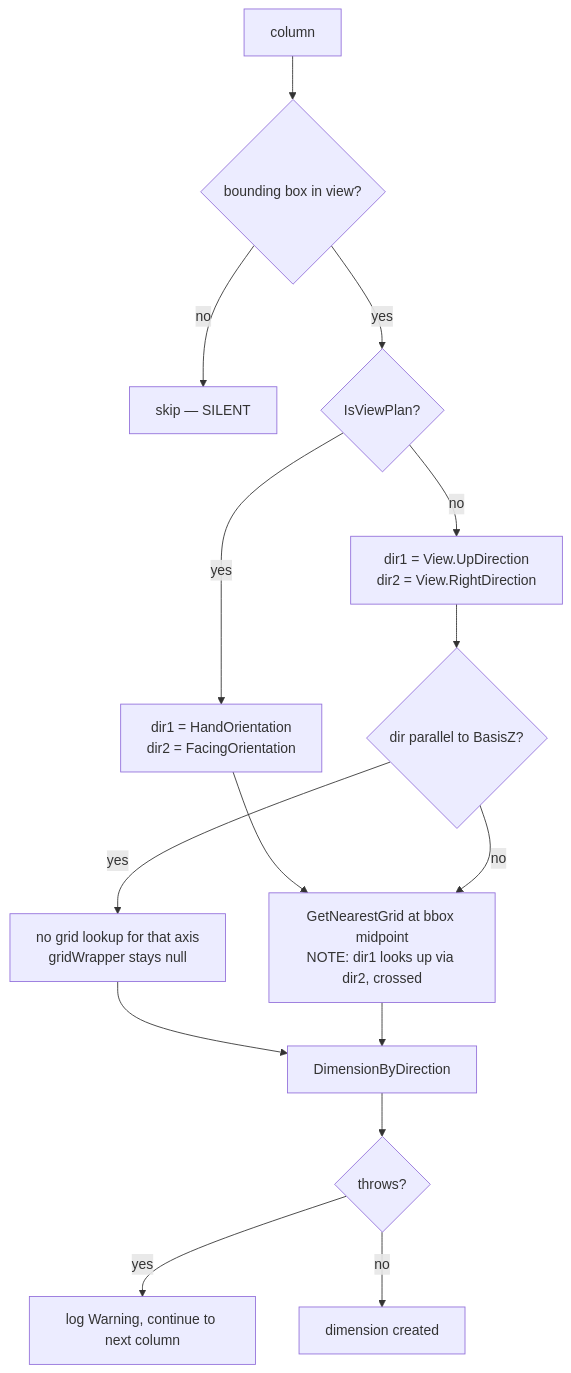
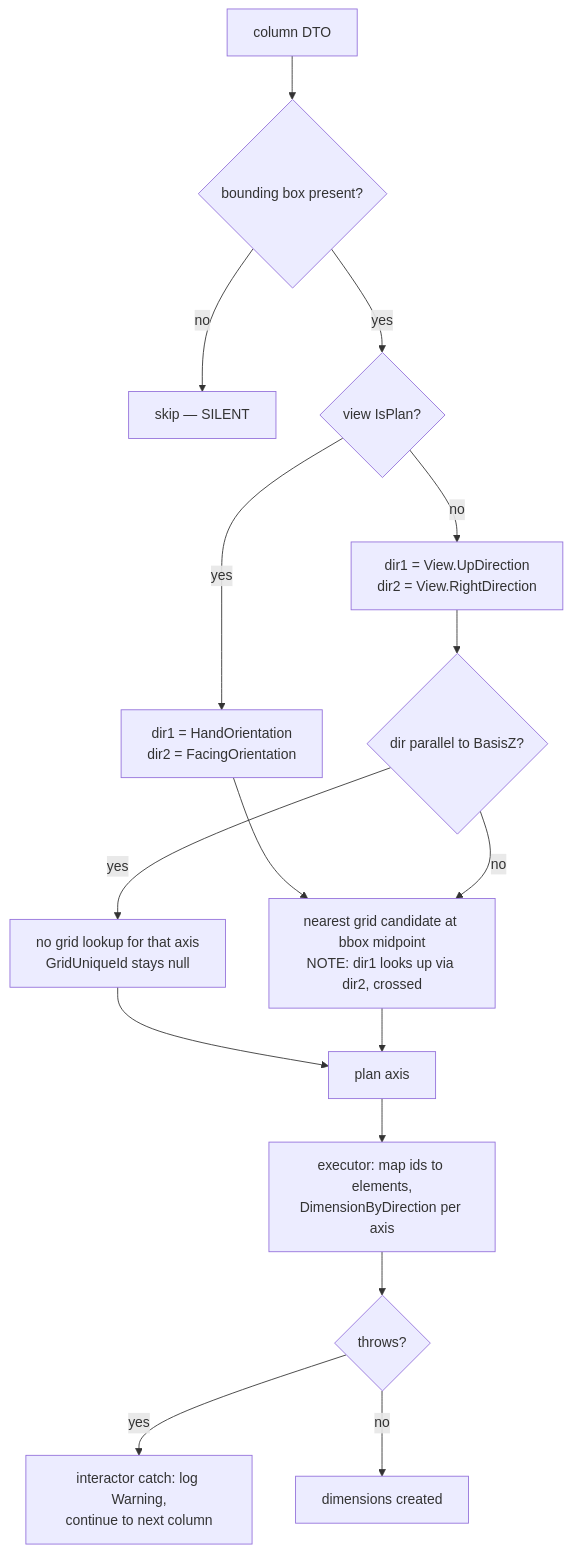
One commit to PhanCongVuDuc/Sonny changed the second of 2 diagrams in docs/features/AutoColumnDimension.md. Above: the diagram before and after it, drawn with Mermaid. The commit also changed other lines of this file and 51 other files, not shown here.

First line of the commit message:
Docs: sync feature docs, command-flow, CLAUDE.md and ADR 0001 after the layer refactor

````diff
--- a/docs/features/AutoColumnDimension.md
+++ b/docs/features/AutoColumnDimension.md
@@ -102,17 +112,18 @@
 ```mermaid
 flowchart TD
-    C[column] --> B{bounding box in view?}
+    C[column DTO] --> B{bounding box present?}
     B -->|no| SK[skip — SILENT]
-    B -->|yes| V{IsViewPlan?}
+    B -->|yes| V{view IsPlan?}
     V -->|yes| P[dir1 = HandOrientation<br/>dir2 = FacingOrientation]
     V -->|no| E[dir1 = View.UpDirection<br/>dir2 = View.RightDirection]
-    P --> G[GetNearestGrid at bbox midpoint<br/>NOTE: dir1 looks up via dir2, crossed]
+    P --> G[nearest grid candidate at bbox midpoint<br/>NOTE: dir1 looks up via dir2, crossed]
     E --> Z{dir parallel to BasisZ?}
-    Z -->|yes| NG[no grid lookup for that axis<br/>gridWrapper stays null]
+    Z -->|yes| NG[no grid lookup for that axis<br/>GridUniqueId stays null]
     Z -->|no| G
-    NG --> D[DimensionByDirection]
+    NG --> D[plan axis]
     G --> D
-    D --> T{throws?}
-    T -->|yes| W[log Warning, continue to next column]
-    T -->|no| OK[dimension created]
+    D --> X[executor: map ids to elements,<br/>DimensionByDirection per axis]
+    X --> T{throws?}
+    T -->|yes| W[interactor catch: log Warning,<br/>continue to next column]
+    T -->|no| OK[dimensions created]
 ```
````
